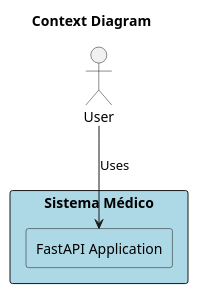
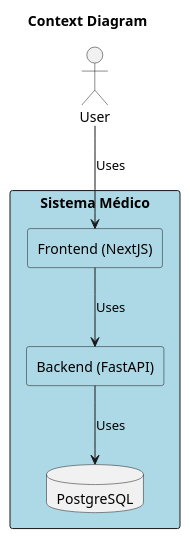
The diagram in diagrams/c4_context.puml (pauloDiego-sudo/Sistema_Banco_De_Dados), drawn with PlantUML before and after one commit. The commit also changed 2 other files, not shown here.

```diff
--- a/diagrams/c4_context.puml
+++ b/diagrams/c4_context.puml
@@ -1,15 +1,19 @@
 @startuml
 skinparam rectangle {
     BackgroundColor LightBlue
 }
 
 title Context Diagram
 
 actor User
 rectangle "Sistema Médico" {
-    rectangle "FastAPI Application" as FastAPIApp
+    rectangle "Frontend (NextJS)" as NextJS
+    rectangle "Backend (FastAPI)" as FastAPIApp
+    database "PostgreSQL" as PostgreSQL
 }
 
-User --> FastAPIApp : Uses
+User --> NextJS : Uses
+NextJS --> FastAPIApp : Uses
+FastAPIApp --> PostgreSQL : Uses
 
 @enduml
```
